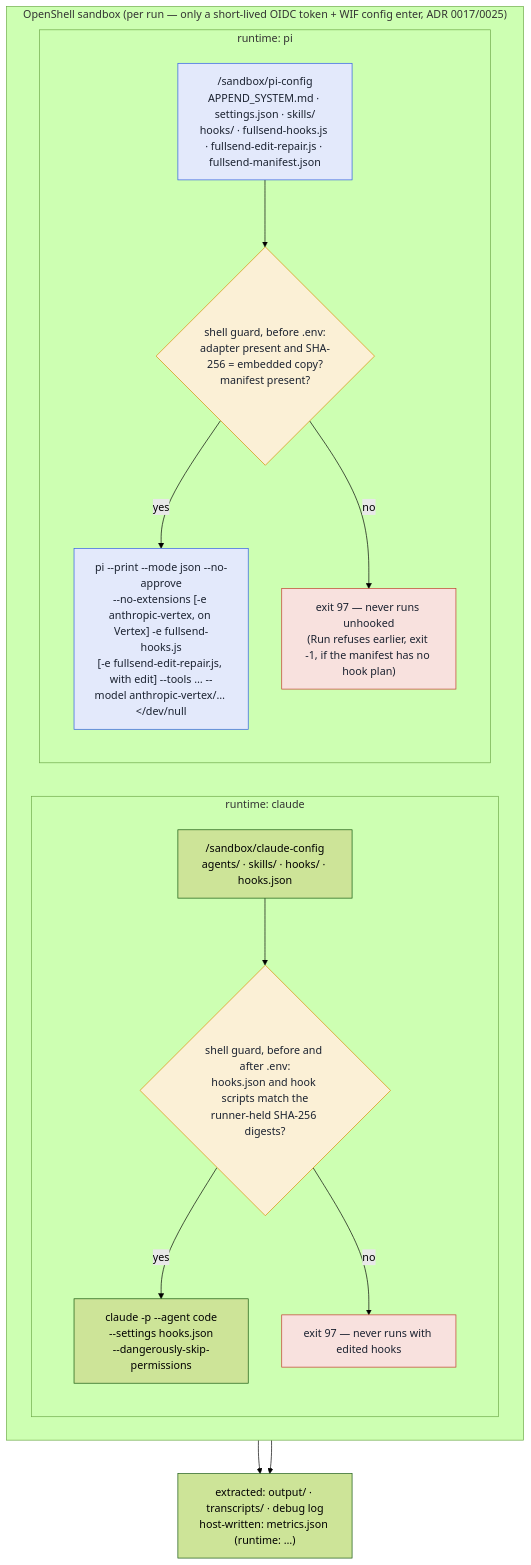
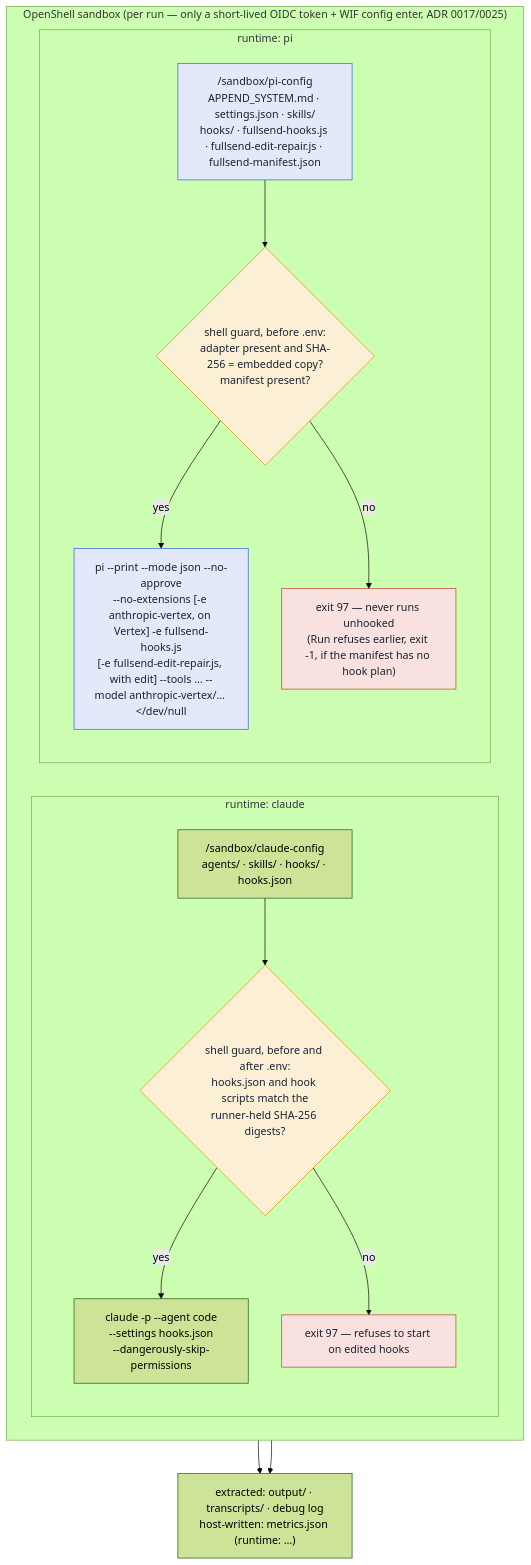
The second of 2 diagrams in docs/architecture.md (Aliciapet11/fullsend), drawn with Mermaid (forest theme) before and after one commit. The commit also changed 3 other files, not shown here.

First line of the commit message:
docs(#8259): say the Claude hooks check runs before launch, not during it

````diff
--- a/docs/architecture.md
+++ b/docs/architecture.md
@@ -981,35 +981,35 @@
 ```mermaid
 flowchart TB
   subgraph SB["OpenShell sandbox (per run — only a short-lived OIDC token + WIF config enter, ADR 0017/0025)"]
     direction LR
     subgraph CL["runtime: claude"]
       direction TB
       C1["/sandbox/claude-config\nagents/ · skills/ · hooks/ · hooks.json"]
       C0{"shell guard, before and after .env:\nhooks.json and hook scripts match the\nrunner-held SHA-256 digests?"}
       C2["claude -p --agent code\n--settings hooks.json\n--dangerously-skip-permissions"]
-      CX["exit 97 — never runs with edited hooks"]
+      CX["exit 97 — refuses to start on edited hooks"]
       C1 --> C0
       C0 -- yes --> C2
       C0 -- no --> CX
     end
     subgraph PL["runtime: pi"]
       direction TB
       P1["/sandbox/pi-config\nAPPEND_SYSTEM.md · settings.json · skills/\nhooks/ · fullsend-hooks.js · fullsend-edit-repair.js · fullsend-manifest.json"]
       P0{"shell guard, before .env:\nadapter present and SHA-256 = embedded copy?\nmanifest present?"}
       P2["pi --print --mode json --no-approve\n--no-extensions [-e anthropic-vertex, on Vertex] -e fullsend-hooks.js\n[-e fullsend-edit-repair.js, with edit] --tools … --model anthropic-vertex/… #lt;/dev/null"]
       PX["exit 97 — never runs unhooked\n(Run refuses earlier, exit -1, if the manifest has no hook plan)"]
       P1 --> P0
       P0 -- yes --> P2
       P0 -- no --> PX
     end
   end
   OUT["extracted: output/ · transcripts/ · debug log\nhost-written: metrics.json (runtime: …)"]
   C2 --> OUT
   P2 --> OUT
   classDef guard fill:#fbf0d6,stroke:#d98e04,color:#1b2230;
   classDef bad fill:#f8e1de,stroke:#c0392b,color:#1b2230;
   classDef opt fill:#e3e9fb,stroke:#2d5be3,color:#1b2230;
   class C0,P0 guard;
   class CX,PX bad;
   class P1,P2 opt;
 ```
````
